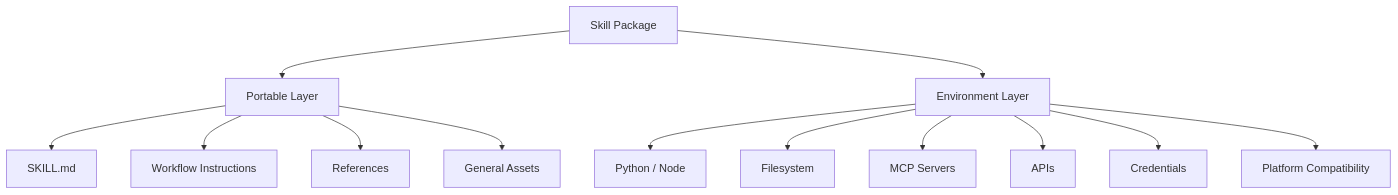
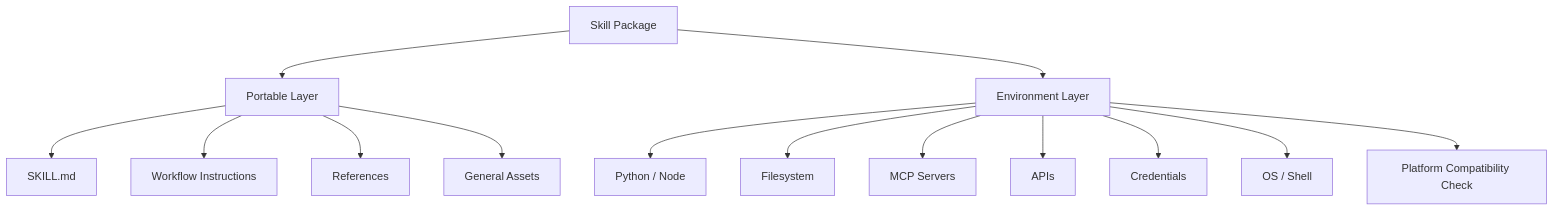
Before and after one commit to Amie-dev/FDE-and-GenAI-Mastery: the sixth of 18 diagrams in Lecture 23 - Claude Skills/notes/04-distribution-sharing-and-api-integration.md, drawn with Mermaid. The commit also changed other lines of this file and 6 other files, not shown here.

````diff
--- a/Lecture 23 - Claude Skills/notes/04-distribution-sharing-and-api-integration.md
+++ b/Lecture 23 - Claude Skills/notes/04-distribution-sharing-and-api-integration.md
@@ -324,21 +370,21 @@
 ```mermaid
-flowchart TD
-
+flowchart TB
     A["Skill Package"]
 
     A --> B["Portable Layer"]
     A --> C["Environment Layer"]
 
     B --> B1["SKILL.md"]
     B --> B2["Workflow Instructions"]
     B --> B3["References"]
     B --> B4["General Assets"]
 
     C --> C1["Python / Node"]
     C --> C2["Filesystem"]
     C --> C3["MCP Servers"]
     C --> C4["APIs"]
     C --> C5["Credentials"]
+    C --> C6["OS / Shell"]
 
-    C --> D["Platform Compatibility"]
+    C --> D["Platform Compatibility Check"]
 ```
````
